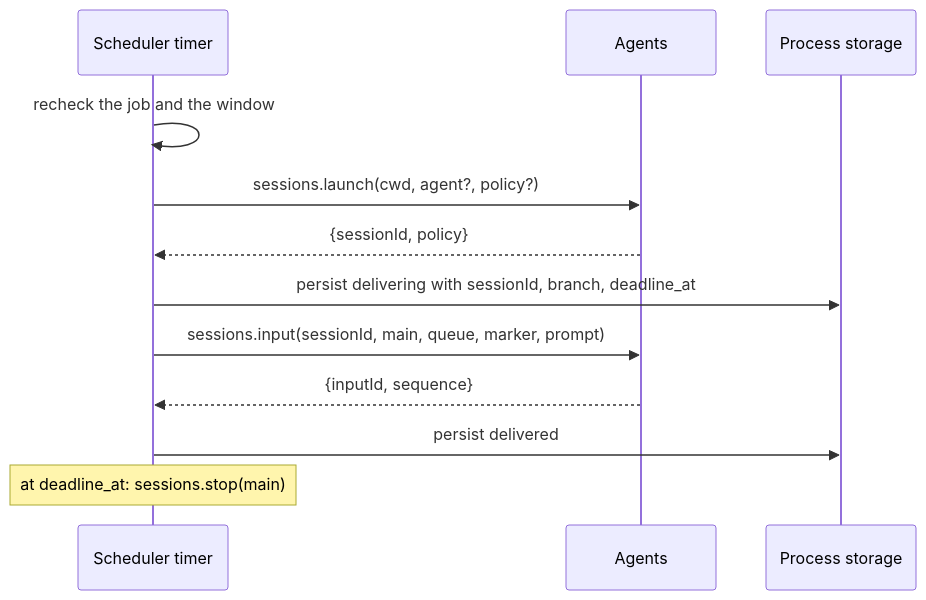
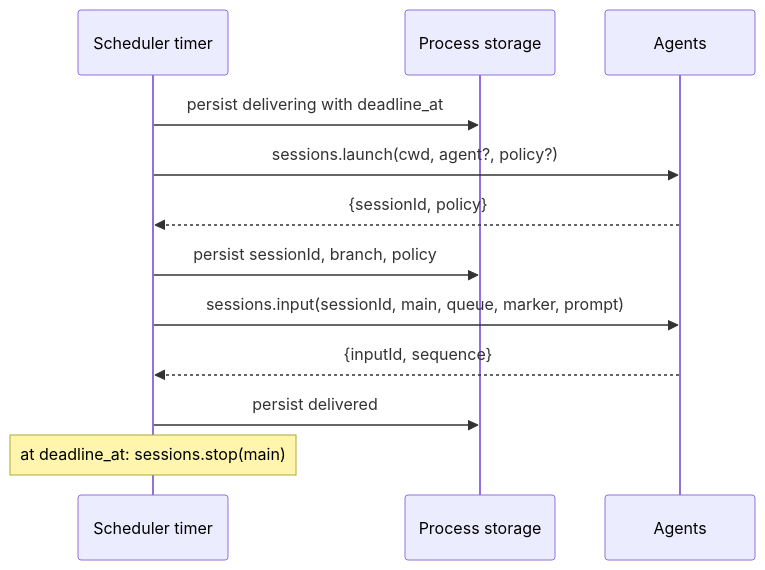
Before and after one commit to CoutinhoTTS/dim-agent: the fourth of 5 diagrams in docs/design/plugins/Scheduler.md, drawn with Mermaid. The commit also changed other lines of this file and 1 other file, not shown here.

````diff
--- a/docs/design/plugins/Scheduler.md
+++ b/docs/design/plugins/Scheduler.md
@@ -222,14 +222,14 @@
 ```mermaid
 sequenceDiagram
   participant T as Scheduler timer
+  participant ST as Process storage
   participant AG as Agents
-  participant ST as Process storage
-  T->>T: recheck the job and the window
+  T->>ST: persist delivering with deadline_at
   T->>AG: sessions.launch(cwd, agent?, policy?)
   AG-->>T: {sessionId, policy}
-  T->>ST: persist delivering with sessionId, branch, deadline_at
+  T->>ST: persist sessionId, branch, policy
   T->>AG: sessions.input(sessionId, main, queue, marker, prompt)
   AG-->>T: {inputId, sequence}
   T->>ST: persist delivered
   Note over T: at deadline_at: sessions.stop(main)
 ```
````
